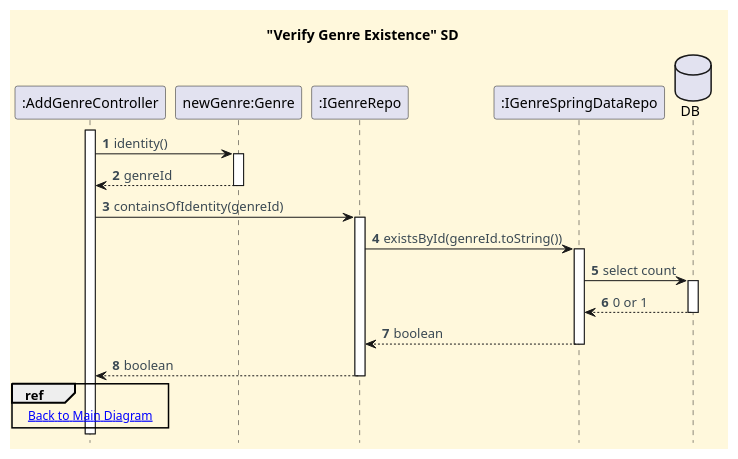
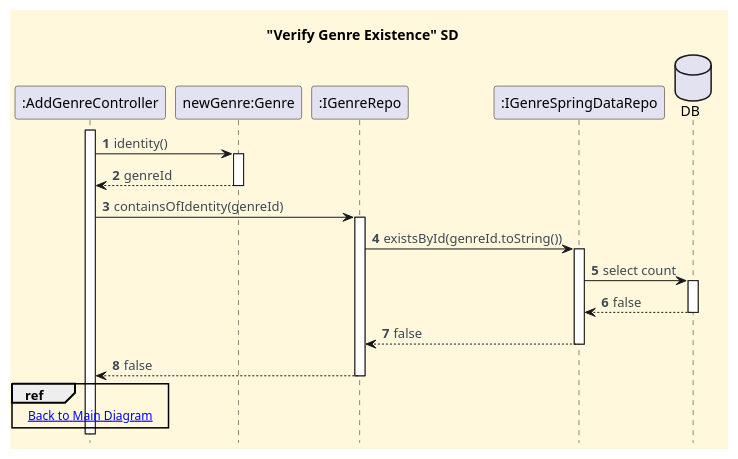
The diagram in docs/functionalities/admin/add-genre/sd-ref-diagrams/Verify_Genre_Existence.puml (CarolinaLeite-collab/JavaMarketplacePlatform), drawn with PlantUML before and after one commit. The commit also changed 2 other files, not shown here.

```diff
--- a/docs/functionalities/admin/add-genre/sd-ref-diagrams/Verify_Genre_Existence.puml
+++ b/docs/functionalities/admin/add-genre/sd-ref-diagrams/Verify_Genre_Existence.puml
@@ -1,50 +1,50 @@
 @startuml
 '==== Title ====
 title "Verify Genre Existence" SD
 
 '==== basic style ====
 skinparam monochrome false
 skinparam shadowing false
 skinparam defaultFontName Futura
 skinparam objectFontSize 20
 skinparam backgroundColor CornSilk
 skinparam objectBackgroundColor WhiteSmoke
 skinparam noteBackgroundColor #FFFFE0
 skinparam ArrowFontColor #3B4953
 skinparam ActivationBackgroundColor black
 hidefootbox
 autonumber
 
 ' ==== Actor and participants ====
 participant ":AddGenreController" as CTL
 participant "newGenre:Genre" as G
 participant ":IGenreRepo" as IREPO
 participant ":IGenreSpringDataRepo" as SDREPO
 database "DB" as DB
 
 activate CTL
 CTL -> G : identity()
 activate G
 G --> CTL : genreId
 deactivate G
 
 CTL -> IREPO: containsOfIdentity(genreId)
 activate IREPO
 
 IREPO -> SDREPO : existsById(genreId.toString())
 activate SDREPO
 SDREPO -> DB : select count
 activate DB
-DB --> SDREPO : 0 or 1
+DB --> SDREPO : false
 deactivate DB
-SDREPO --> IREPO : boolean
+SDREPO --> IREPO : false
 deactivate SDREPO
 
-IREPO --> CTL : boolean
+IREPO --> CTL : false
 deactivate IREPO
 
 ref over CTL
 [[../Add_Genre_SD.puml Back to Main Diagram]]
 end ref
 
 @enduml
```
